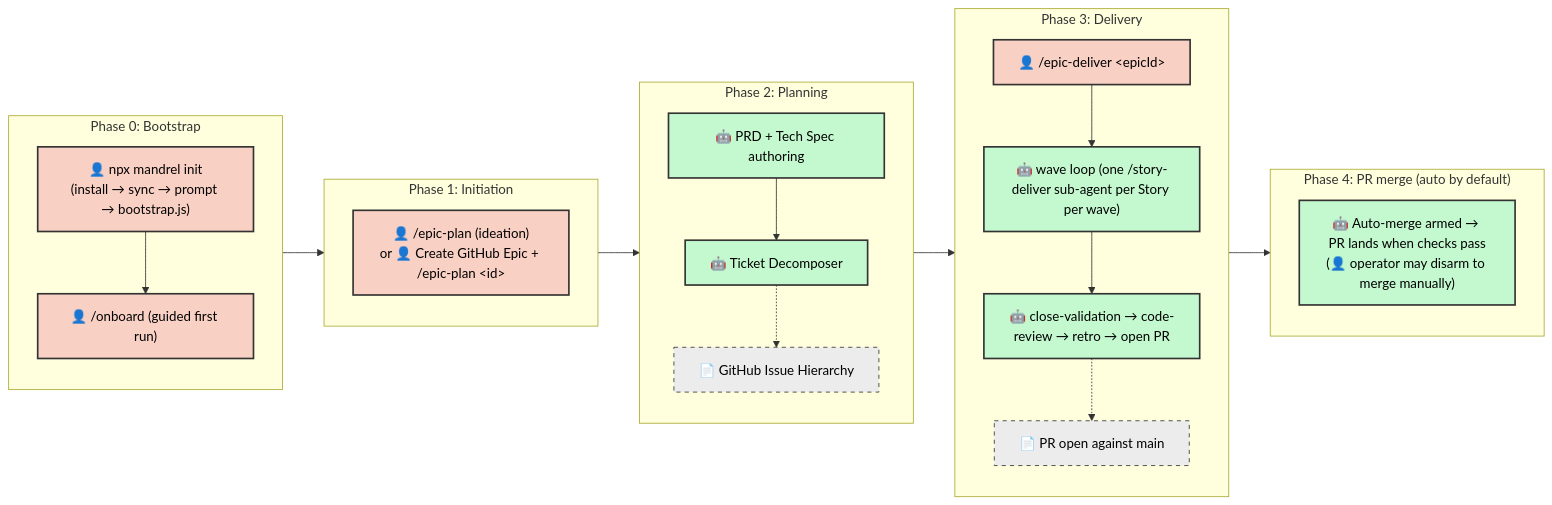
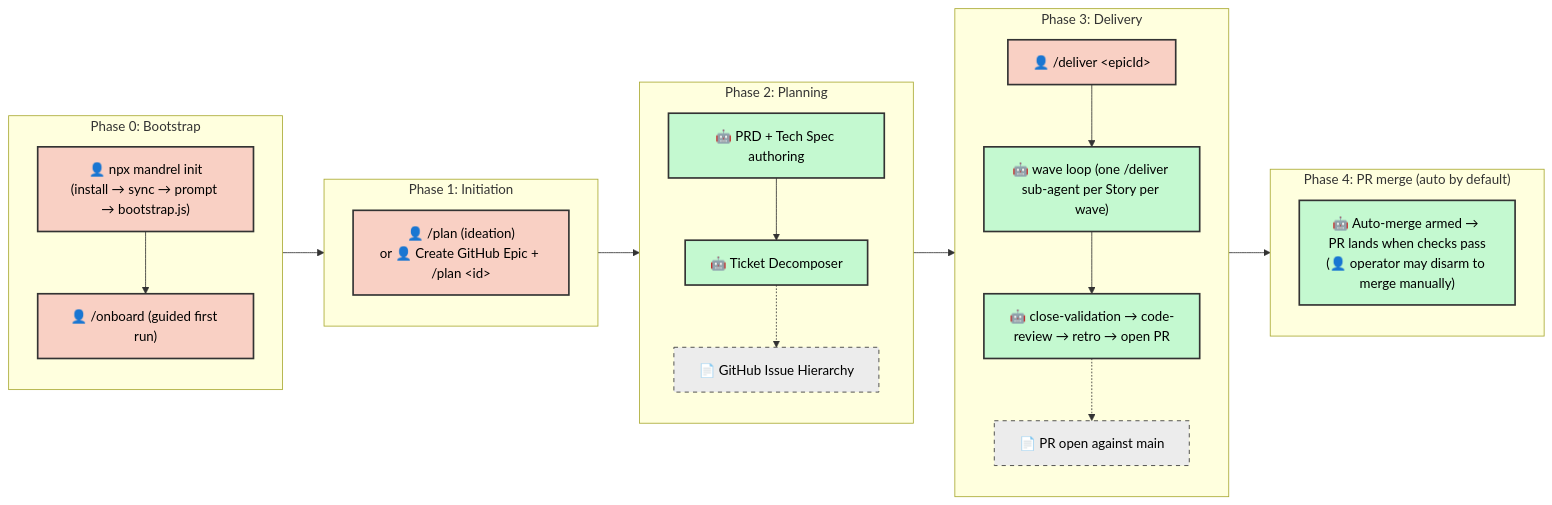
One commit to dsj1984/mandrel changed the diagram in .agents/docs/SDLC.md. Above: the diagram before and after it, drawn with Mermaid. The commit also changed other lines of this file and 383 other files, not shown here.

First line of the commit message:
feat!: collapse ticket hierarchy to 2-tier (Epic → Story) and commands to /plan and /deliver (refs #4041) (#4043)

````diff
--- a/.agents/docs/SDLC.md
+++ b/.agents/docs/SDLC.md
@@ -220,45 +220,45 @@
 ```mermaid
 graph LR
     classDef manual fill:#f9d0c4,stroke:#333,stroke-width:2px,color:#000;
     classDef agentic fill:#c4f9d0,stroke:#333,stroke-width:2px,color:#000;
     classDef artifact fill:#ececec,stroke:#333,stroke-width:1px,stroke-dasharray: 5 5,color:#000;
 
     subgraph Phase0 ["Phase 0: Bootstrap"]
         direction TB
         Z["👤 npx mandrel init<br/>(install → sync → prompt → bootstrap.js)"]:::manual
         Z2["👤 /onboard (guided first run)"]:::manual
         Z --> Z2
     end
 
     subgraph Phase1 ["Phase 1: Initiation"]
         direction TB
-        A["👤 /epic-plan (ideation)<br/>or 👤 Create GitHub Epic + /epic-plan &lt;id&gt;"]:::manual
+        A["👤 /plan (ideation)<br/>or 👤 Create GitHub Epic + /plan &lt;id&gt;"]:::manual
     end
 
     subgraph Phase2 ["Phase 2: Planning"]
         direction TB
         C["🤖 PRD + Tech Spec authoring"]:::agentic
         D["🤖 Ticket Decomposer"]:::agentic
         C --> D
         D -.-> D_Art["📄 GitHub Issue Hierarchy"]:::artifact
     end
 
     subgraph Phase3 ["Phase 3: Delivery"]
         direction TB
-        E["👤 /epic-deliver &lt;epicId&gt;"]:::manual
-        F["🤖 wave loop (one /story-deliver sub-agent per Story per wave)"]:::agentic
+        E["👤 /deliver &lt;epicId&gt;"]:::manual
+        F["🤖 wave loop (one /deliver sub-agent per Story per wave)"]:::agentic
         G["🤖 close-validation → code-review → retro → open PR"]:::agentic
         E --> F --> G
         G -.-> G_Art["📄 PR open against main"]:::artifact
     end
 
     subgraph Phase4 ["Phase 4: PR merge (auto by default)"]
         direction TB
         H["🤖 Auto-merge armed → PR lands when checks pass<br/>(👤 operator may disarm to merge manually)"]:::agentic
     end
 
     Z2 --> A
     A --> C
     D --> E
     G --> H
 ```
````
